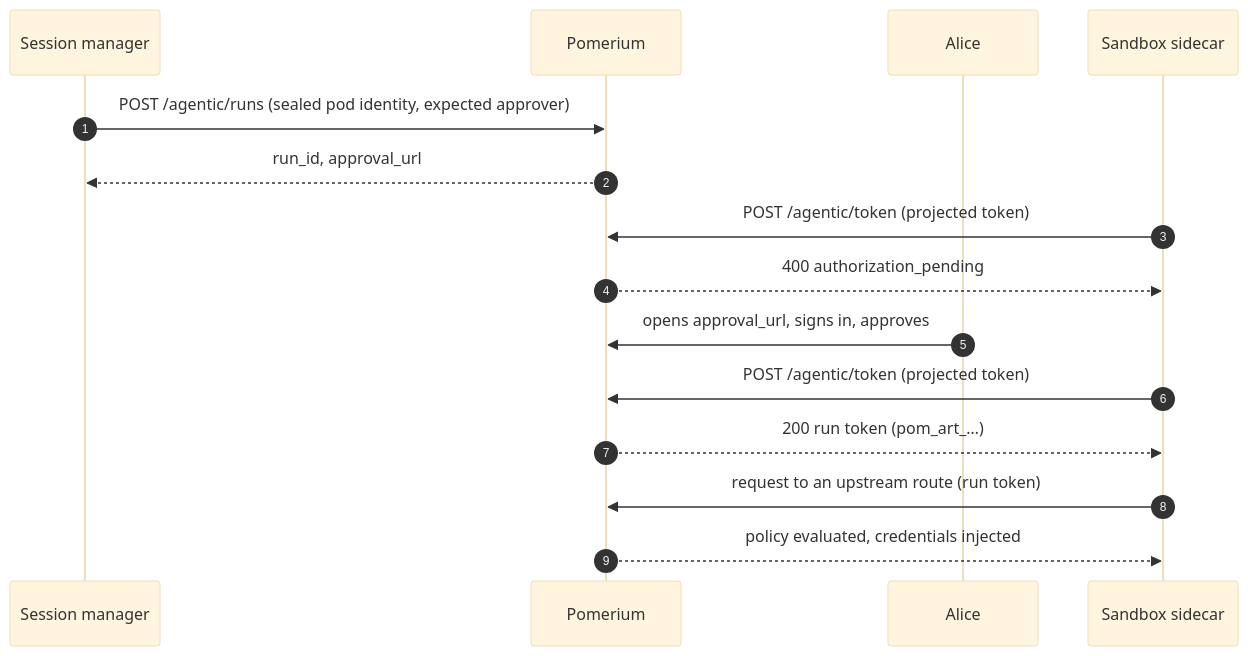
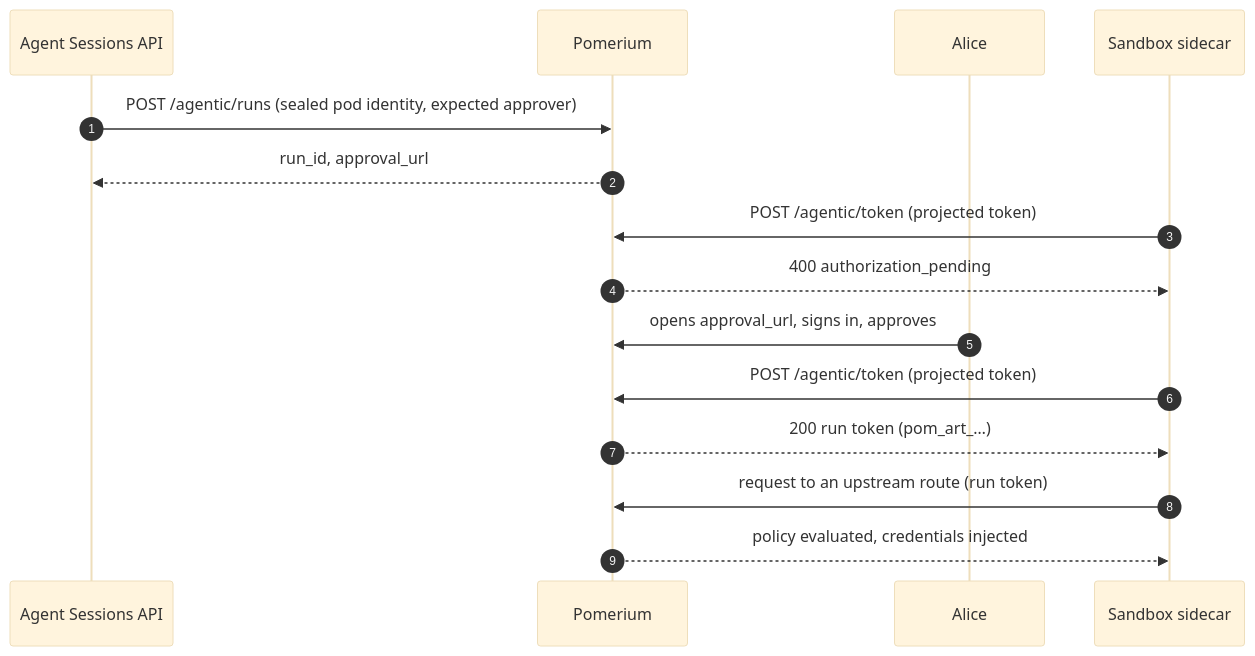
The first of 2 diagrams in content/docs/capabilities/agentic-runtime.mdx (pomerium/documentation), drawn with Mermaid (base theme) before and after one commit. The commit also changed other lines of this file, not shown here.

````diff
--- a/content/docs/capabilities/agentic-runtime.mdx
+++ b/content/docs/capabilities/agentic-runtime.mdx
@@ -102,17 +87,17 @@
 ```mermaid
 sequenceDiagram
     autonumber
-    participant M as Session manager
+    participant M as Agent Sessions API
     participant P as Pomerium
     participant A as Alice
     participant S as Sandbox sidecar
     M->>P: POST /agentic/runs (sealed pod identity, expected approver)
     P-->>M: run_id, approval_url
     S->>P: POST /agentic/token (projected token)
     P-->>S: 400 authorization_pending
     A->>P: opens approval_url, signs in, approves
     S->>P: POST /agentic/token (projected token)
     P-->>S: 200 run token (pom_art_…)
     S->>P: request to an upstream route (run token)
     P-->>S: policy evaluated, credentials injected
 ```
````
